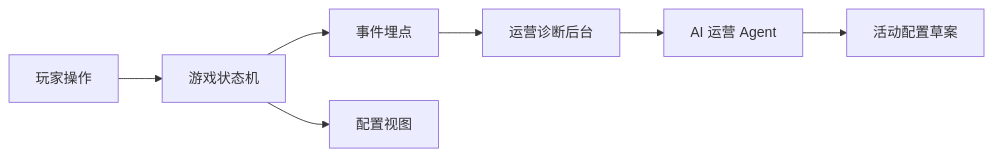
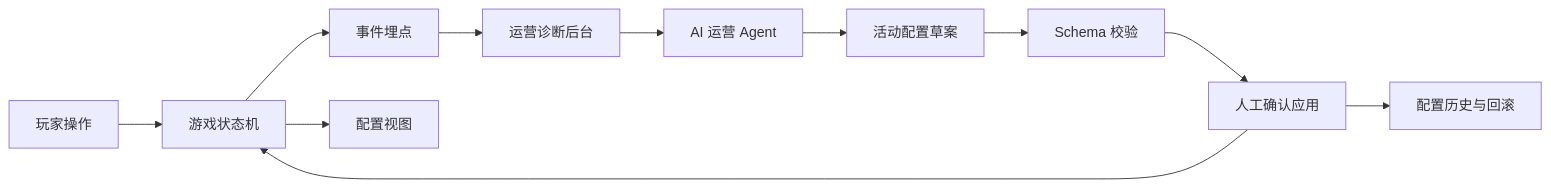
One commit to Ey1afjalla/second-game changed the diagram in docs/Architecture.md. Above: the diagram before and after it, drawn with Mermaid. The commit also changed other lines of this file and 9 other files, not shown here.

````diff
--- a/docs/Architecture.md
+++ b/docs/Architecture.md
@@ -7,9 +7,13 @@
 ```mermaid
 flowchart LR
   Player["玩家操作"] --> Game["游戏状态机"]
   Game --> Events["事件埋点"]
   Events --> Ops["运营诊断后台"]
   Ops --> Agent["AI 运营 Agent"]
   Game --> Config["配置视图"]
   Agent --> Draft["活动配置草案"]
+  Draft --> Validate["Schema 校验"]
+  Validate --> Apply["人工确认应用"]
+  Apply --> Game
+  Apply --> History["配置历史与回滚"]
 ```
````
